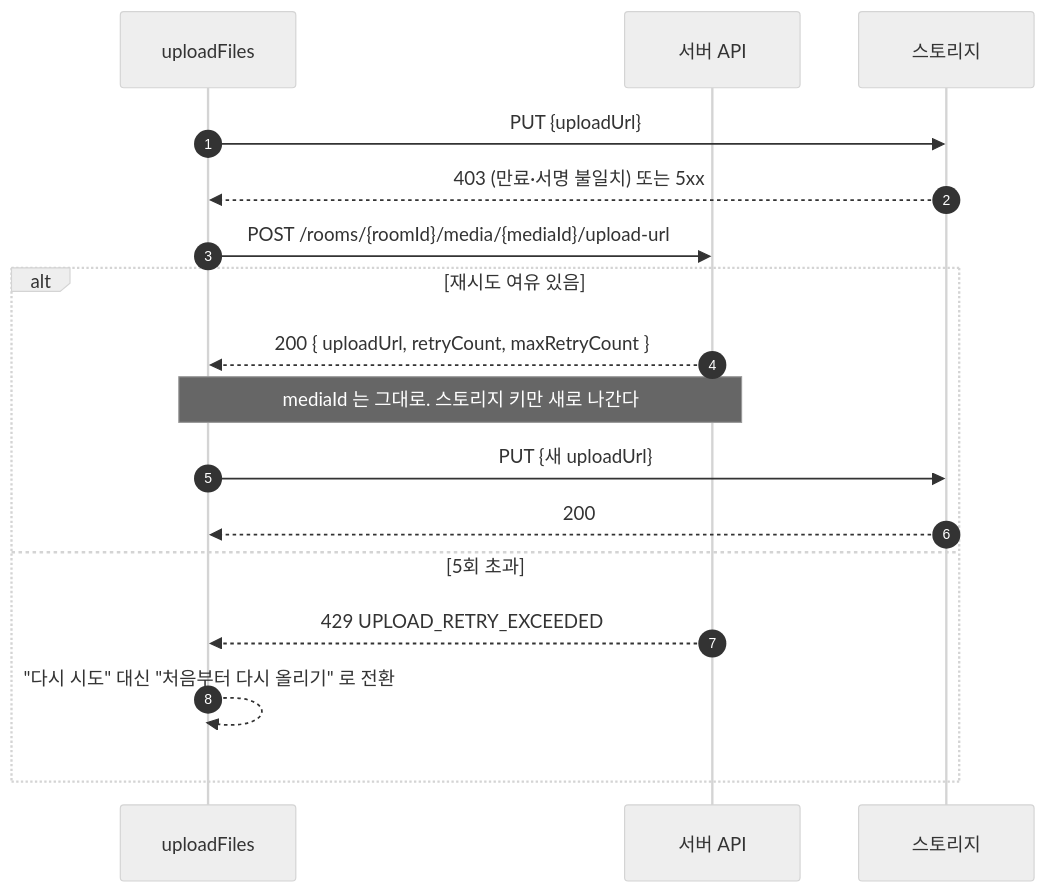
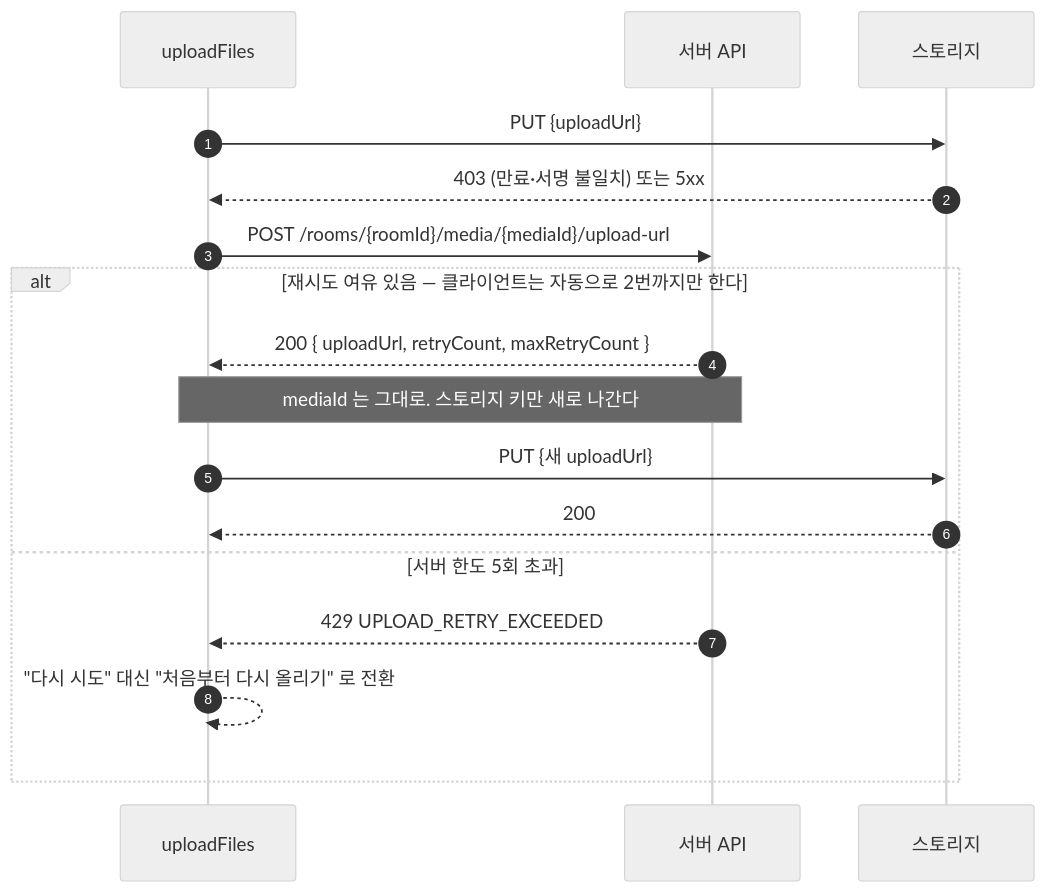
The second of 3 diagrams in docs/frontend/UPLOAD_FLOW.md (woowacourse-teams/2026-sssOK), drawn with Mermaid (neutral theme) before and after one commit. The commit also changed other lines of this file and 2 other files, not shown here.

````diff
--- a/docs/frontend/UPLOAD_FLOW.md
+++ b/docs/frontend/UPLOAD_FLOW.md
@@ -70,21 +70,21 @@
 ```mermaid
 sequenceDiagram
     autonumber
     participant Q as uploadFiles
     participant S as 서버 API
     participant R as 스토리지
 
     Q->>R: PUT {uploadUrl}
     R-->>Q: 403 (만료·서명 불일치) 또는 5xx
 
     Q->>S: POST /rooms/{roomId}/media/{mediaId}/upload-url
-    alt 재시도 여유 있음
+    alt 재시도 여유 있음 — 클라이언트는 자동으로 2번까지만 한다
         S-->>Q: 200 { uploadUrl, retryCount, maxRetryCount }
         Note over Q,S: mediaId 는 그대로. 스토리지 키만 새로 나간다
         Q->>R: PUT {새 uploadUrl}
         R-->>Q: 200
-    else 5회 초과
+    else 서버 한도 5회 초과
         S-->>Q: 429 UPLOAD_RETRY_EXCEEDED
         Q-->>Q: "다시 시도" 대신 "처음부터 다시 올리기" 로 전환
     end
 ```
````
